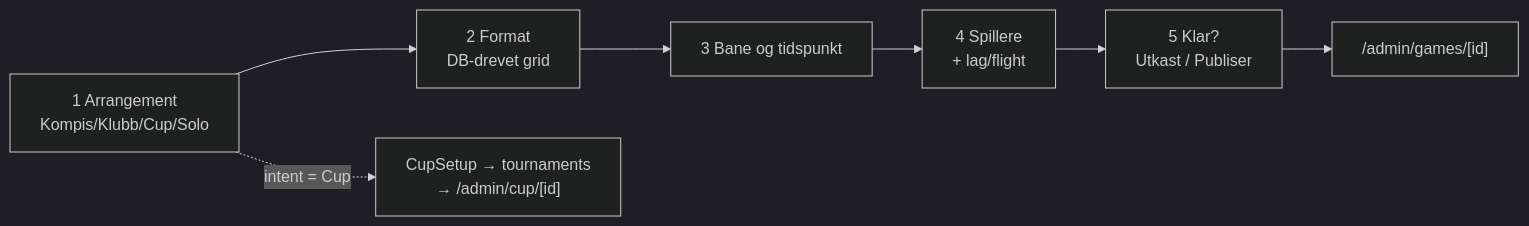
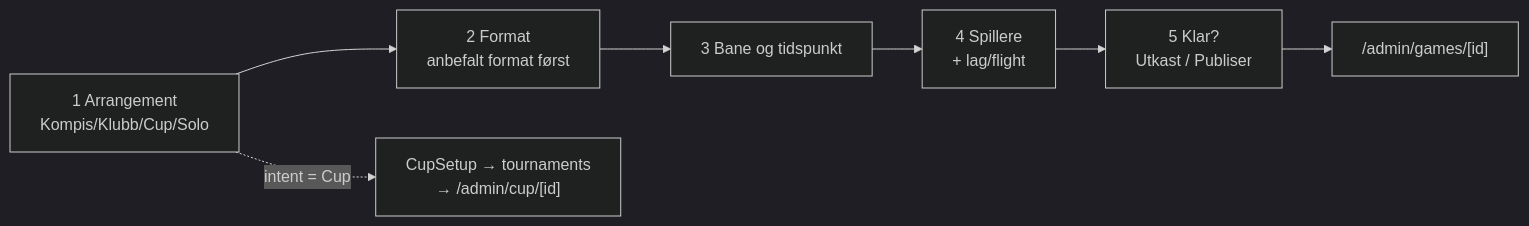
One commit to jdlarssen/golf-app changed the fifth of 6 diagrams in docs/user-flows.md. Above: the diagram before and after it, drawn with Mermaid (dark theme). The commit also changed other lines of this file and 1 other file, not shown here.

Commit message:
docs: record the format-card colour exceptions and the recommended step 2
DESIGN.md gets two exceptions in the #2255 form: petrol and terracotta in
the line-up figure when exactly two sides meet, and the gold pill around the
Skins figure. docs/user-flows.md says step 2 shows the recommended format
first.

Refs #2260

````diff
--- a/docs/user-flows.md
+++ b/docs/user-flows.md
@@ -182,9 +182,9 @@
 ```mermaid
 flowchart LR
-  S1["1 Arrangement<br/>Kompis/Klubb/Cup/Solo"] --> S2["2 Format<br/>DB-drevet grid"]
+  S1["1 Arrangement<br/>Kompis/Klubb/Cup/Solo"] --> S2["2 Format<br/>anbefalt format først"]
   S2 --> S3["3 Bane og tidspunkt"]
   S3 --> S4["4 Spillere<br/>+ lag/flight"]
   S4 --> S5["5 Klar?<br/>Utkast / Publiser"]
   S5 --> G["/admin/games/[id]"]
   S1 -. "intent = Cup" .-> CUP["CupSetup → tournaments<br/>→ /admin/cup/[id]"]
 ```
````
